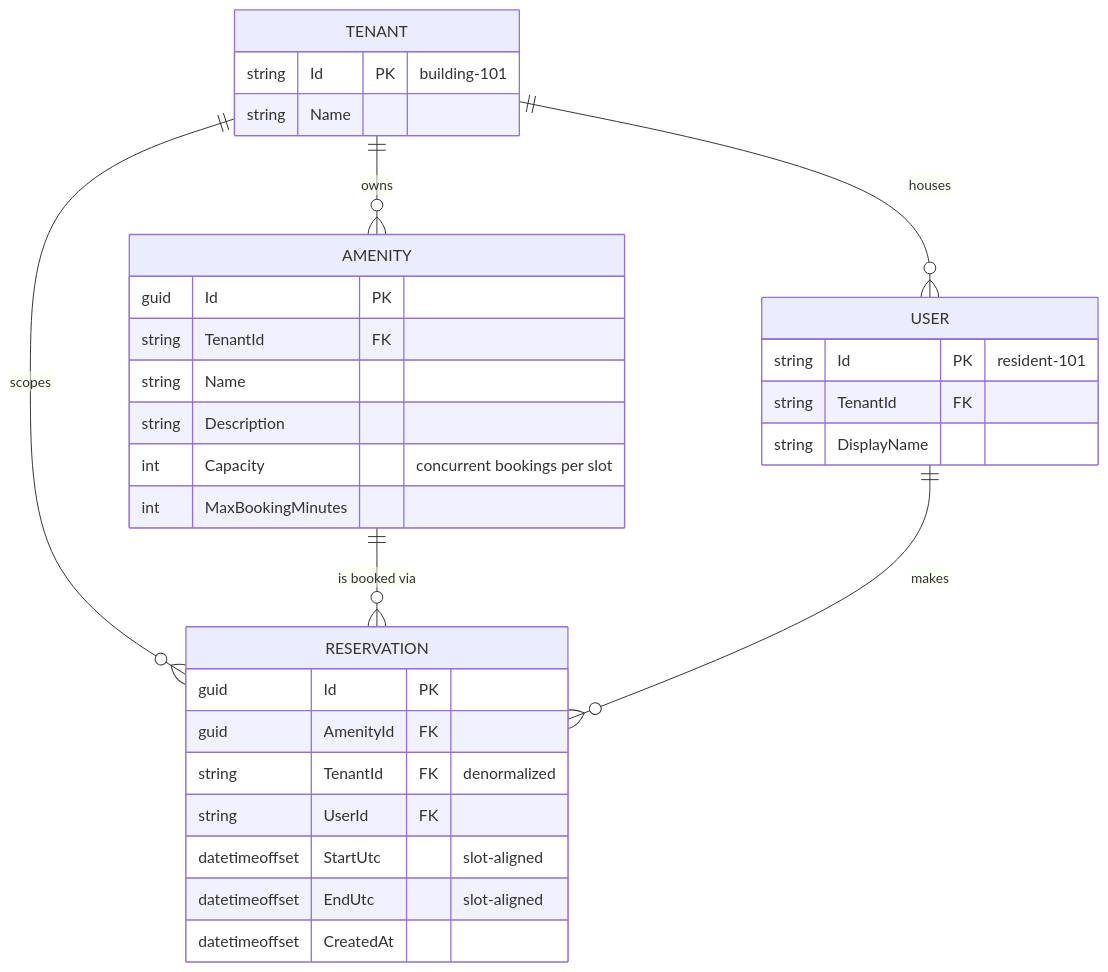
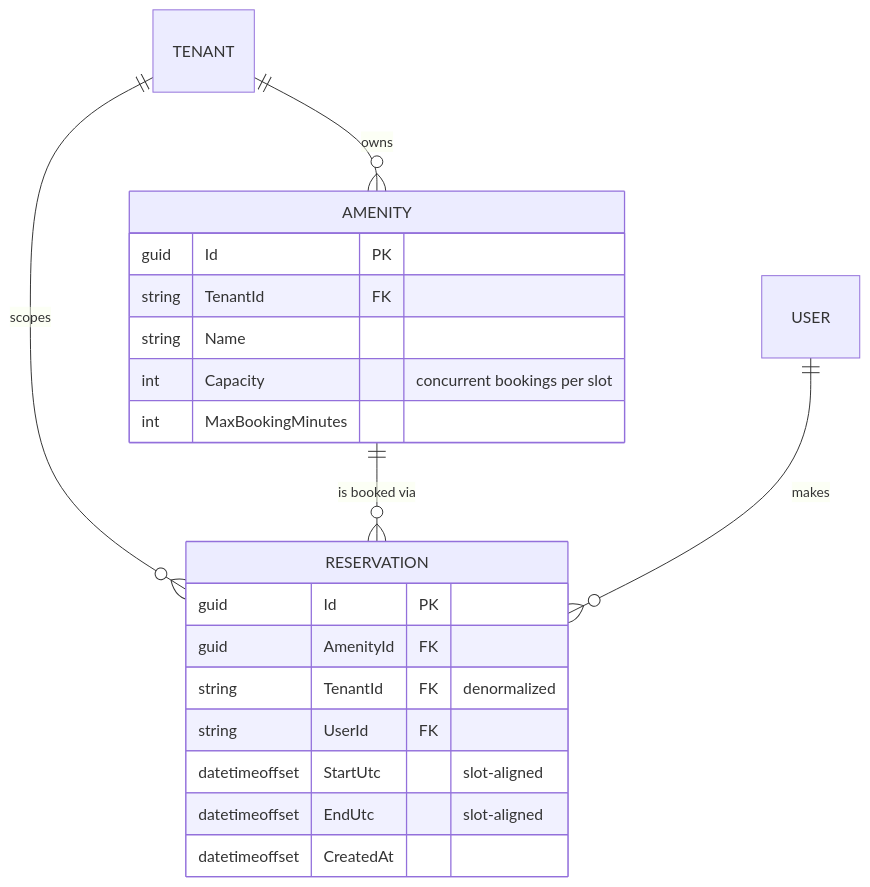
The diagram in docs/DESIGN.md (blwallace/cc-interview), drawn with Mermaid before and after one commit. The commit also changed other lines of this file, not shown here.

````diff
--- a/docs/DESIGN.md
+++ b/docs/DESIGN.md
@@ -88,35 +45,24 @@
 ```mermaid
 erDiagram
     TENANT ||--o{ AMENITY : owns
-    TENANT ||--o{ USER : houses
     TENANT ||--o{ RESERVATION : scopes
     AMENITY ||--o{ RESERVATION : "is booked via"
     USER    ||--o{ RESERVATION : makes
 
-    TENANT {
-        string Id PK "building-101"
-        string Name
-    }
-    USER {
-        string Id PK "resident-101"
-        string TenantId FK
-        string DisplayName
-    }
     AMENITY {
         guid   Id PK
         string TenantId FK
         string Name
-        string Description
         int    Capacity "concurrent bookings per slot"
         int    MaxBookingMinutes
     }
     RESERVATION {
         guid           Id PK
         guid           AmenityId FK
         string         TenantId FK "denormalized"
         string         UserId FK
         datetimeoffset StartUtc "slot-aligned"
         datetimeoffset EndUtc "slot-aligned"
         datetimeoffset CreatedAt
     }
 ```
````
